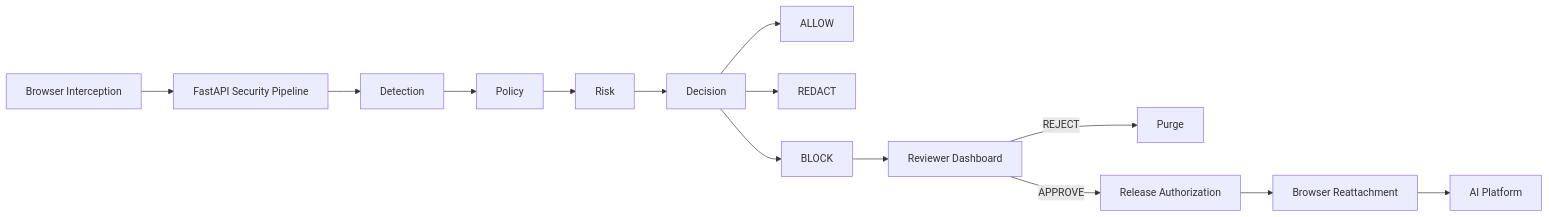
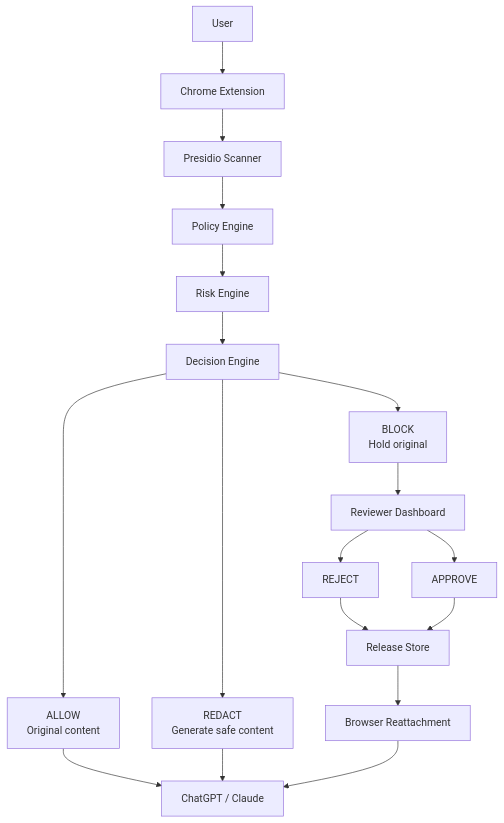
One commit to Aviralgit1212/AI-GUARDIAN changed the fifth of 5 diagrams in README.md. Above: the diagram before and after it, drawn with Mermaid. The commit also changed other lines of this file, not shown here.

````diff
--- a/README.md
+++ b/README.md
@@ -895,18 +1933,44 @@
 ```mermaid
-flowchart LR
-    A["Browser Interception"] --> B["FastAPI Security Pipeline"]
-    B --> C["Detection"]
-    C --> D["Policy"]
-    D --> E["Risk"]
-    E --> F["Decision"]
+flowchart TB
+    USER["User"]
+    EXT["Chrome Extension"]
 
-    F --> G["ALLOW"]
-    F --> H["REDACT"]
-    F --> I["BLOCK"]
+    SCAN["Presidio Scanner"]
+    POLICY["Policy Engine"]
+    RISK["Risk Engine"]
+    DEC["Decision Engine"]
 
-    I --> J["Reviewer Dashboard"]
-    J -->|REJECT| K["Purge"]
-    J -->|APPROVE| L["Release Authorization"]
-    L --> M["Browser Reattachment"]
-    M --> N["AI Platform"]
+    ALLOW["ALLOW\nOriginal content"]
+    REDACT["REDACT\nGenerate safe content"]
+    BLOCK["BLOCK\nHold original"]
+
+    DASH["Reviewer Dashboard"]
+    APPROVE["APPROVE"]
+    REJECT["REJECT"]
+
+    RELEASE["Release Store"]
+    REATTACH["Browser Reattachment"]
+    AI["ChatGPT / Claude"]
+
+    USER --> EXT
+    EXT --> SCAN
+    SCAN --> POLICY
+    POLICY --> RISK
+    RISK --> DEC
+
+    DEC --> ALLOW
+    DEC --> REDACT
+    DEC --> BLOCK
+
+    ALLOW --> AI
+    REDACT --> AI
+
+    BLOCK --> DASH
+    DASH --> APPROVE
+    DASH --> REJECT
+
+    REJECT --> RELEASE
+    APPROVE --> RELEASE
+    RELEASE --> REATTACH
+    REATTACH --> AI
 ```
````
